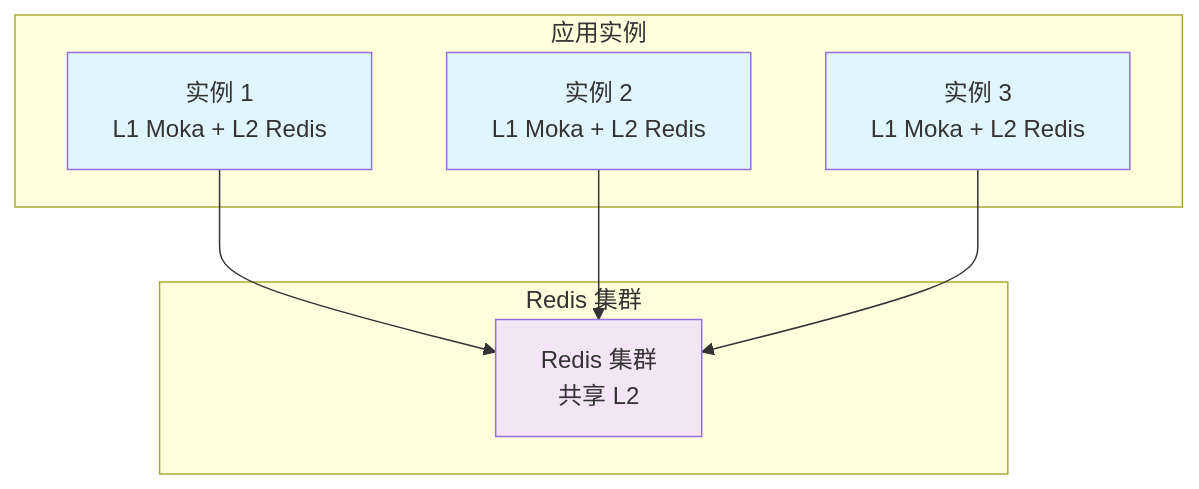
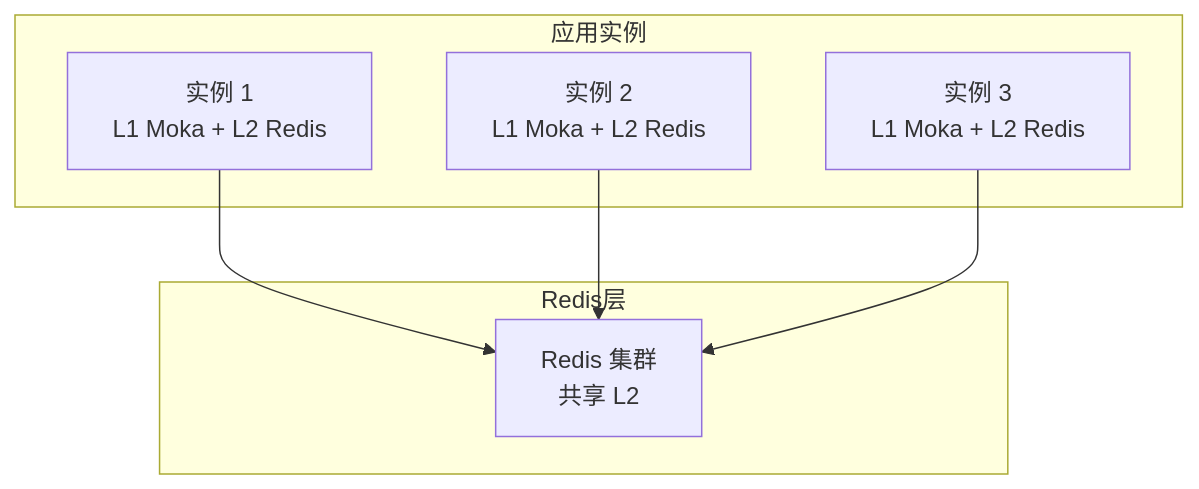
The sixth of 6 diagrams in docs/ARCHITECTURE.md (Kirky-X/oxcache), drawn with Mermaid before and after one commit. The commit also changed other lines of this file and 7 other files, not shown here.

Commit message:
docs(oxcache): docs 文档套件统一优化 — emoji 化 h2 与折叠目录、文档间交叉链接网络、架构/数据流 mermaid 图、结构化内容表格化、清除内部任务追踪引用；失真内容对照 src/ 源码修正，基准数字与安全承诺口径原样保留

````diff
--- a/docs/ARCHITECTURE.md
+++ b/docs/ARCHITECTURE.md
@@ -795,21 +815,16 @@
 ```mermaid
-graph TD
-    subgraph "应用实例"
+flowchart TD
+    subgraph 应用实例
         I1["实例 1<br/>L1 Moka + L2 Redis"]
         I2["实例 2<br/>L1 Moka + L2 Redis"]
         I3["实例 3<br/>L1 Moka + L2 Redis"]
     end
 
-    subgraph "Redis 集群"
+    subgraph Redis层
         R["Redis 集群<br/>共享 L2"]
     end
 
     I1 --> R
     I2 --> R
     I3 --> R
-
-    style I1 fill:#e1f5fe
-    style I2 fill:#e1f5fe
-    style I3 fill:#e1f5fe
-    style R fill:#f3e5f5
 ```
````
